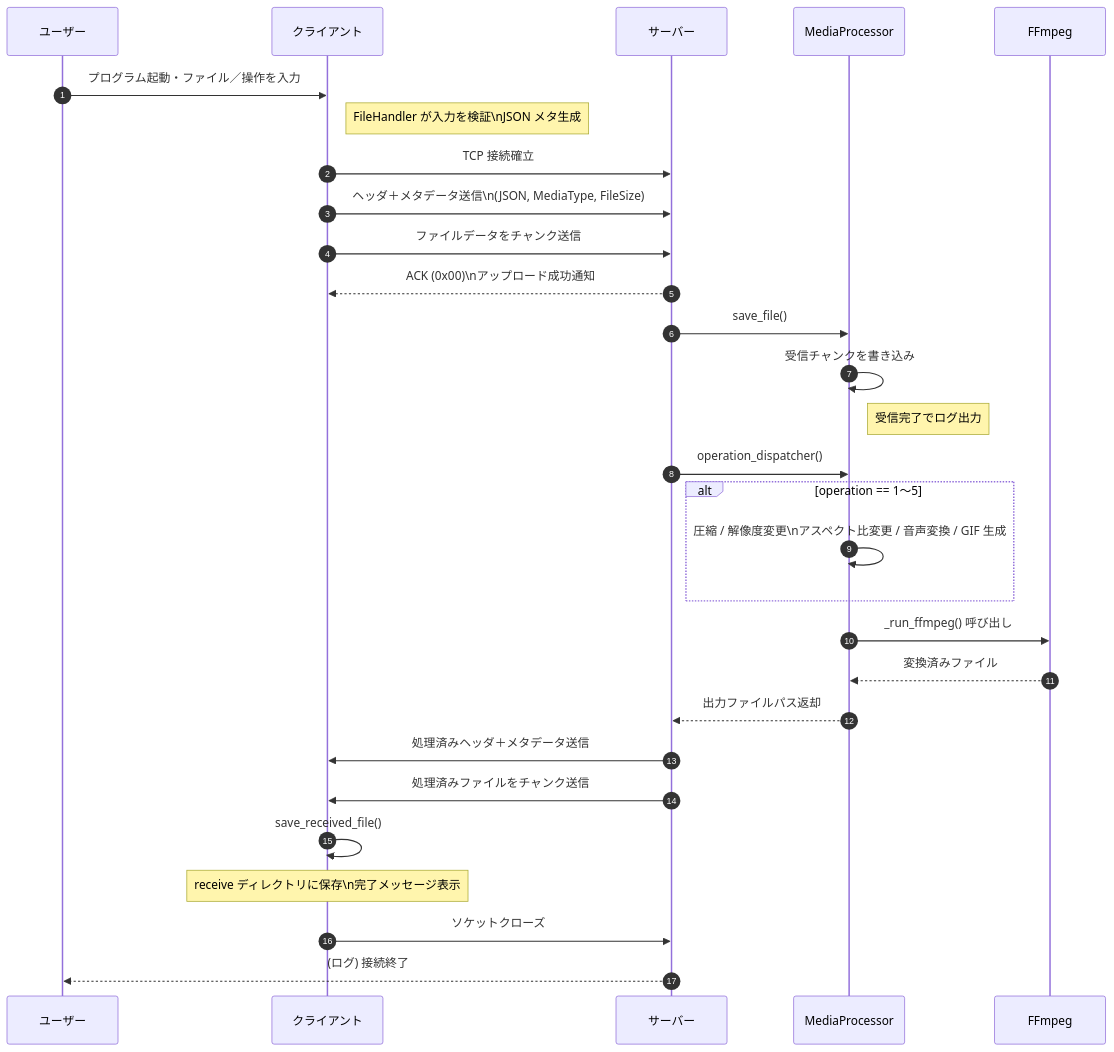
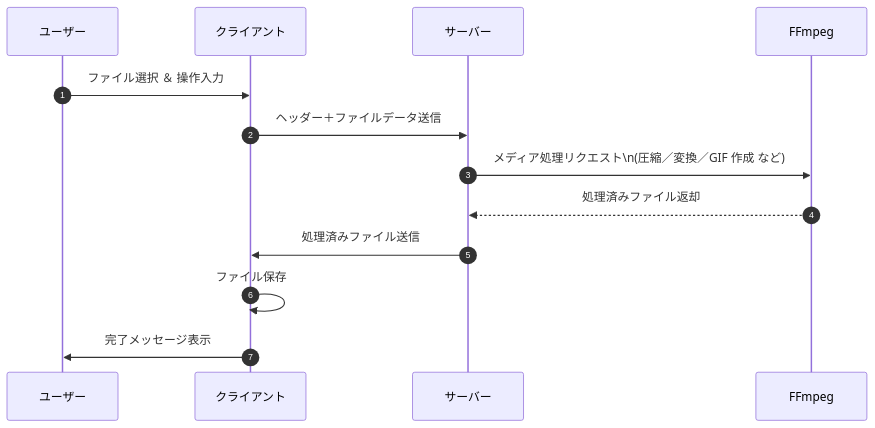
One commit to BackendExplorer/Video-Processor changed the fourth of 4 diagrams in README.md. Above: the diagram before and after it, drawn with Mermaid.

````diff
--- a/README.md
+++ b/README.md
@@ -262,43 +262,23 @@
 ```mermaid
 sequenceDiagram
     autonumber
 
     participant ユーザー
     participant クライアント
     participant サーバー
-    participant MediaProcessor
     participant FFmpeg
 
-    %% ---- 起動 & アップロード ----
-    ユーザー ->> クライアント: プログラム起動・ファイル／操作を入力
-    note right of クライアント: FileHandler が入力を検証\nJSON メタ生成
-    クライアント ->> サーバー: TCP 接続確立
-    クライアント ->> サーバー: ヘッダ＋メタデータ送信\n(JSON, MediaType, FileSize)
-    クライアント ->> サーバー: ファイルデータをチャンク送信
-    サーバー -->> クライアント: ACK (0x00)\nアップロード成功通知
+    %% ユーザー操作→アップロード
+    ユーザー ->> クライアント: ファイル選択 ＆ 操作入力
+    クライアント ->> サーバー: ヘッダー＋ファイルデータ送信
 
-    %% ---- 受信 & 保存 ----
-    サーバー ->> MediaProcessor: save_file()
-    MediaProcessor ->> MediaProcessor: 受信チャンクを書き込み
-    note right of MediaProcessor: 受信完了でログ出力
+    %% サーバー側で処理
+    サーバー ->> FFmpeg: メディア処理リクエスト\n(圧縮／変換／GIF 作成 など)
+    FFmpeg -->> サーバー: 処理済みファイル返却
 
-    %% ---- 処理ディスパッチ ----
-    サーバー ->> MediaProcessor: operation_dispatcher()
-    alt operation == 1〜5
-        MediaProcessor ->> MediaProcessor: 圧縮 / 解像度変更\nアスペクト比変更 / 音声変換 / GIF 生成
-    end
-    MediaProcessor ->> FFmpeg: _run_ffmpeg() 呼び出し
-    FFmpeg -->> MediaProcessor: 変換済みファイル
-    MediaProcessor -->> サーバー: 出力ファイルパス返却
-
-    %% ---- ダウンロード ----
-    サーバー ->> クライアント: 処理済みヘッダ＋メタデータ送信
-    サーバー ->> クライアント: 処理済みファイルをチャンク送信
-    クライアント ->> クライアント: save_received_file()
-    note over クライアント: receive ディレクトリに保存\n完了メッセージ表示
-
-    %% ---- 終了 ----
-    クライアント ->> サーバー: ソケットクローズ
-    サーバー -->> ユーザー: (ログ) 接続終了
+    %% ダウンロード→保存
+    サーバー ->> クライアント: 処理済みファイル送信
+    クライアント ->> クライアント: ファイル保存
+    クライアント ->> ユーザー: 完了メッセージ表示
 
 ```
````
